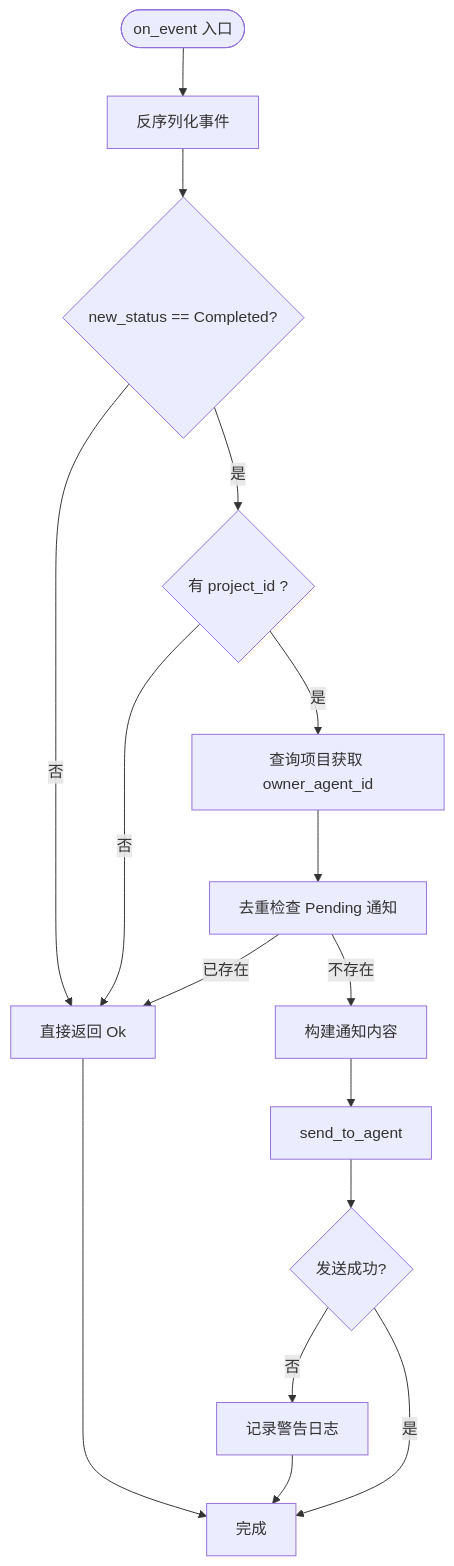
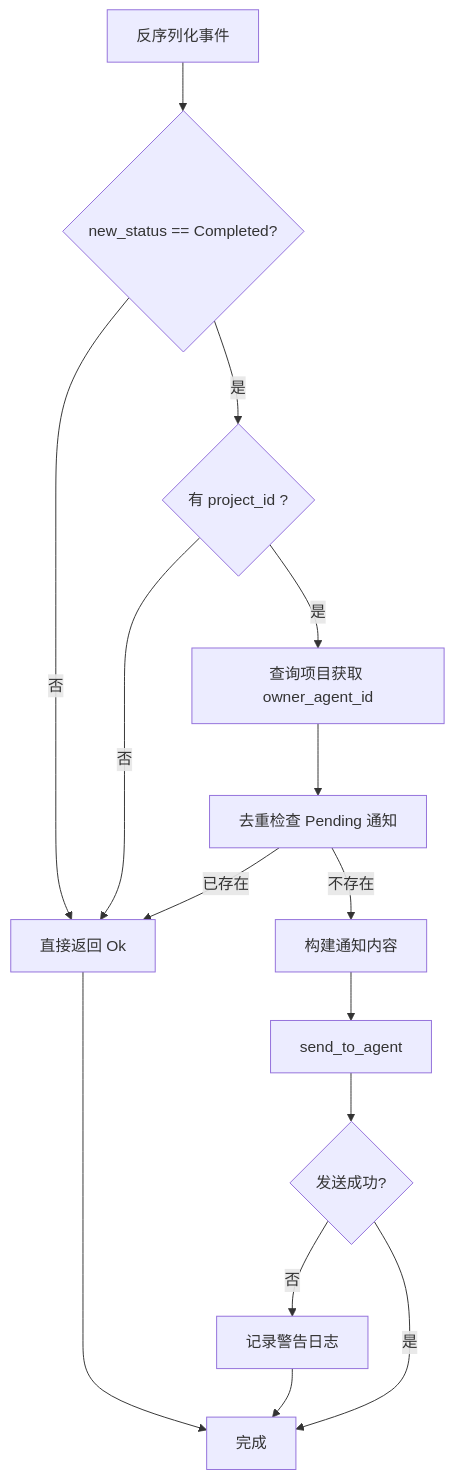
The third of 4 diagrams in docs/wiki/zh/content/基础设施/AOP 事件系统/事件消费者/任务事件消费者.md (runningcoders/ai_orz), drawn with Mermaid before and after one commit. The commit also changed other lines of this file and 37 other files, not shown here.

````diff
--- a/docs/wiki/zh/content/基础设施/AOP 事件系统/事件消费者/任务事件消费者.md
+++ b/docs/wiki/zh/content/基础设施/AOP 事件系统/事件消费者/任务事件消费者.md
@@ -163,18 +171,17 @@
 ```mermaid
-flowchart TD
-Start(["on_event 入口"]) --> Parse["反序列化事件"]
-Parse --> CheckStatus{"new_status == Completed?"}
+graph TB
+Parse["反序列化事件"] --> CheckStatus{"new_status == Completed?"}
 CheckStatus --> |否| EndSkip["直接返回 Ok"]
 CheckStatus --> |是| HasProject{"有 project_id ?"}
 HasProject --> |否| EndSkip
 HasProject --> |是| GetProject["查询项目获取 owner_agent_id"]
 GetProject --> Dedup["去重检查 Pending 通知"]
 Dedup --> |已存在| EndSkip
 Dedup --> |不存在| BuildMsg["构建通知内容"]
 BuildMsg --> Send["send_to_agent"]
 Send --> LogErr{"发送成功?"}
 LogErr --> |否| Warn["记录警告日志"]
 LogErr --> |是| Done["完成"]
 Warn --> Done
 EndSkip --> Done
 ```
````
